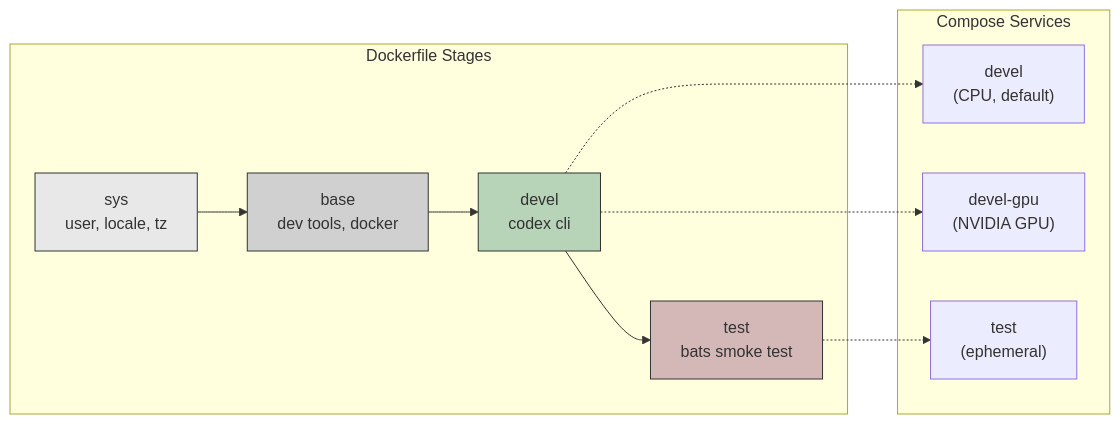
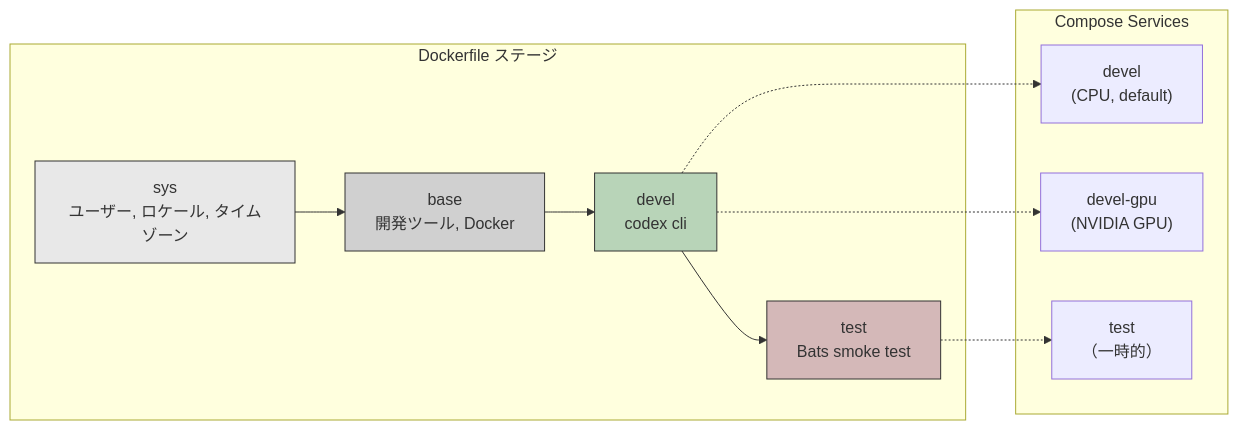
One commit to ycpss91255-docker/codex_cli changed the second of 3 diagrams in doc/README.ja.md. Above: the diagram before and after it, drawn with Mermaid. The commit also changed other lines of this file and 2 other files, not shown here.

First line of the commit message:
docs: keep 'smoke test' as proper noun in i18n

````diff
--- a/doc/README.ja.md
+++ b/doc/README.ja.md
@@ -69,26 +69,26 @@
 ```mermaid
 graph LR
-    subgraph "Dockerfile Stages"
-        sys["sys<br/>user, locale, tz"]
-        base["base<br/>dev tools, docker"]
+    subgraph "Dockerfile ステージ"
+        sys["sys<br/>ユーザー, ロケール, タイムゾーン"]
+        base["base<br/>開発ツール, Docker"]
         devel["devel<br/>codex cli"]
-        test["test<br/>bats smoke test"]
+        test["test<br/>Bats smoke test"]
     end
 
     sys --> base --> devel --> test
 
     subgraph "Compose Services"
         S_CPU["devel<br/>(CPU, default)"]
         S_GPU["devel-gpu<br/>(NVIDIA GPU)"]
-        S_Test["test<br/>(ephemeral)"]
+        S_Test["test<br/>（一時的）"]
     end
 
     devel -.-> S_CPU
     devel -.-> S_GPU
     test -.-> S_Test
 
     style sys fill:#e8e8e8,stroke:#333
     style base fill:#d0d0d0,stroke:#333
     style devel fill:#b8d4b8,stroke:#333
     style test fill:#d4b8b8,stroke:#333
 ```
````
